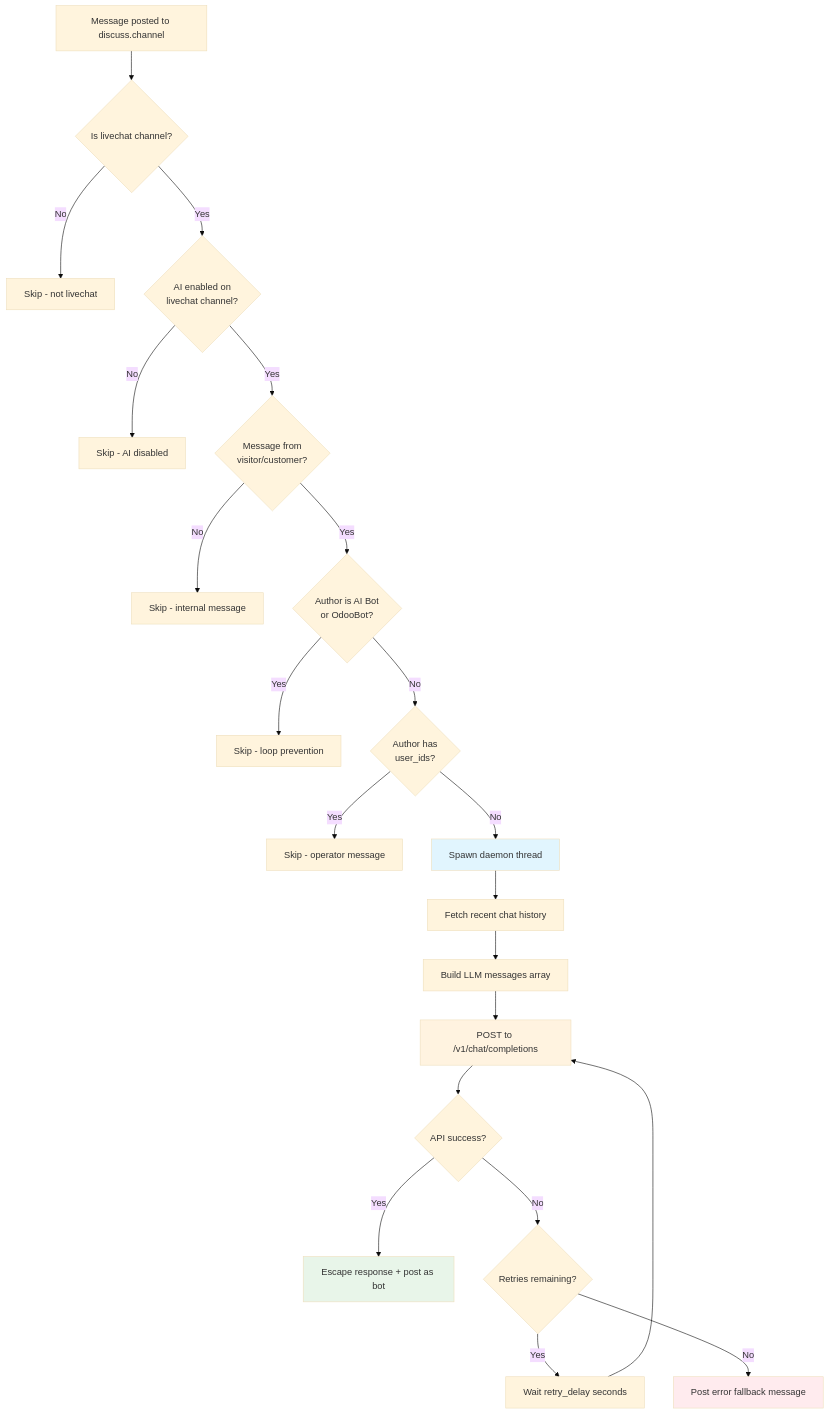
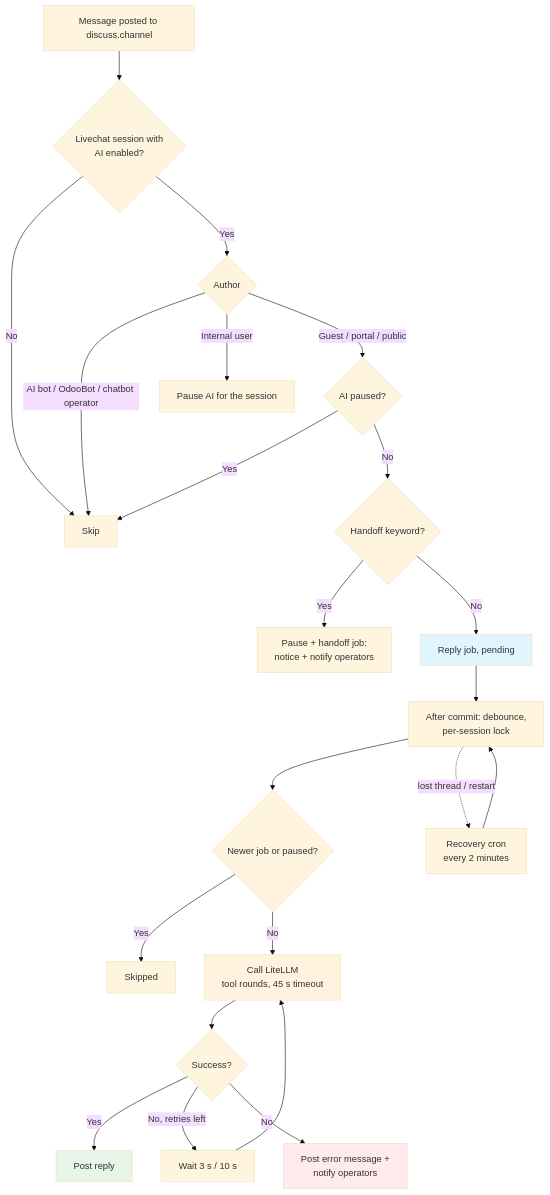
One commit to WOOWTECH/Woow_odoo_ai_livechat changed the second of 2 diagrams in README.md. Above: the diagram before and after it, drawn with Mermaid (base theme). The commit also changed other lines of this file and 137 other files, not shown here.

````diff
--- a/README.md
+++ b/README.md
@@ -113,28 +149,27 @@
 ```mermaid
 flowchart TD
-    A[Message posted to discuss.channel] --> B{Is livechat channel?}
-    B -->|No| Z[Skip - not livechat]
-    B -->|Yes| C{AI enabled on<br/>livechat channel?}
-    C -->|No| Z2[Skip - AI disabled]
-    C -->|Yes| D{Message from<br/>visitor/customer?}
-    D -->|No| Z3[Skip - internal message]
-    D -->|Yes| E{Author is AI Bot<br/>or OdooBot?}
-    E -->|Yes| Z4[Skip - loop prevention]
-    E -->|No| F{Author has<br/>user_ids?}
-    F -->|Yes| Z5[Skip - operator message]
-    F -->|No| G[Spawn daemon thread]
-    G --> H[Fetch recent chat history]
-    H --> I[Build LLM messages array]
-    I --> J[POST to /v1/chat/completions]
-    J --> K{API success?}
-    K -->|Yes| L[Escape response + post as bot]
-    K -->|No| M{Retries remaining?}
-    M -->|Yes| N[Wait retry_delay seconds]
-    N --> J
-    M -->|No| O[Post error fallback message]
+    A[Message posted to discuss.channel] --> B{Livechat session with<br/>AI enabled?}
+    B -->|No| Z[Skip]
+    B -->|Yes| C{Author}
+    C -->|AI bot / OdooBot / chatbot operator| Z
+    C -->|Internal user| P[Pause AI for the session]
+    C -->|Guest / portal / public| D{AI paused?}
+    D -->|Yes| Z
+    D -->|No| E{Handoff keyword?}
+    E -->|Yes| H[Pause + handoff job:<br/>notice + notify operators]
+    E -->|No| F[Reply job, pending]
+    F --> G[After commit: debounce,<br/>per-session lock]
+    G --> I{Newer job or paused?}
+    I -->|Yes| S[Skipped]
+    I -->|No| J[Call LiteLLM<br/>tool rounds, 45 s timeout]
+    J --> K{Success?}
+    K -->|Yes| L[Post reply]
+    K -->|No, retries left| R[Wait 3 s / 10 s] --> J
+    K -->|No| M[Post error message +<br/>notify operators]
+    G -.lost thread / restart.-> C2[Recovery cron<br/>every 2 minutes] --> G
 
-    style G fill:#e1f5fe
+    style F fill:#e1f5fe
     style J fill:#fff3e0
     style L fill:#e8f5e9
-    style O fill:#ffebee
+    style M fill:#ffebee
 ```
````
